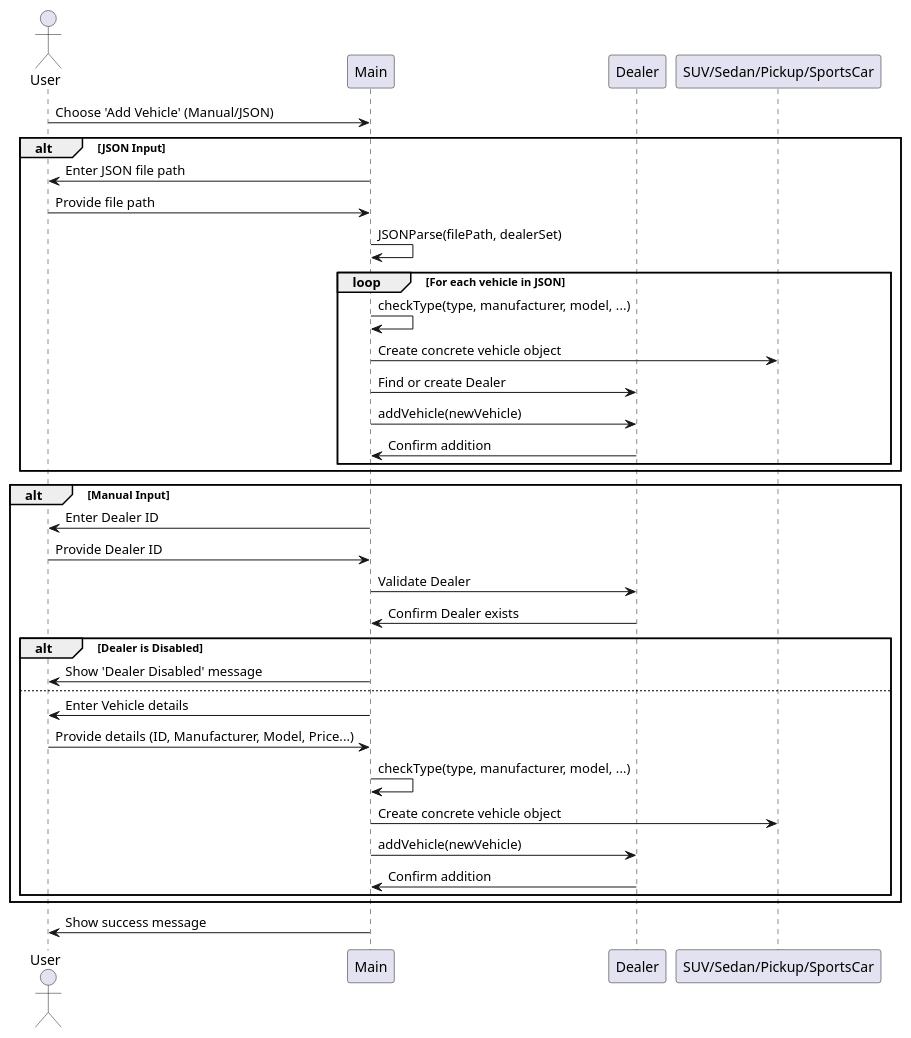
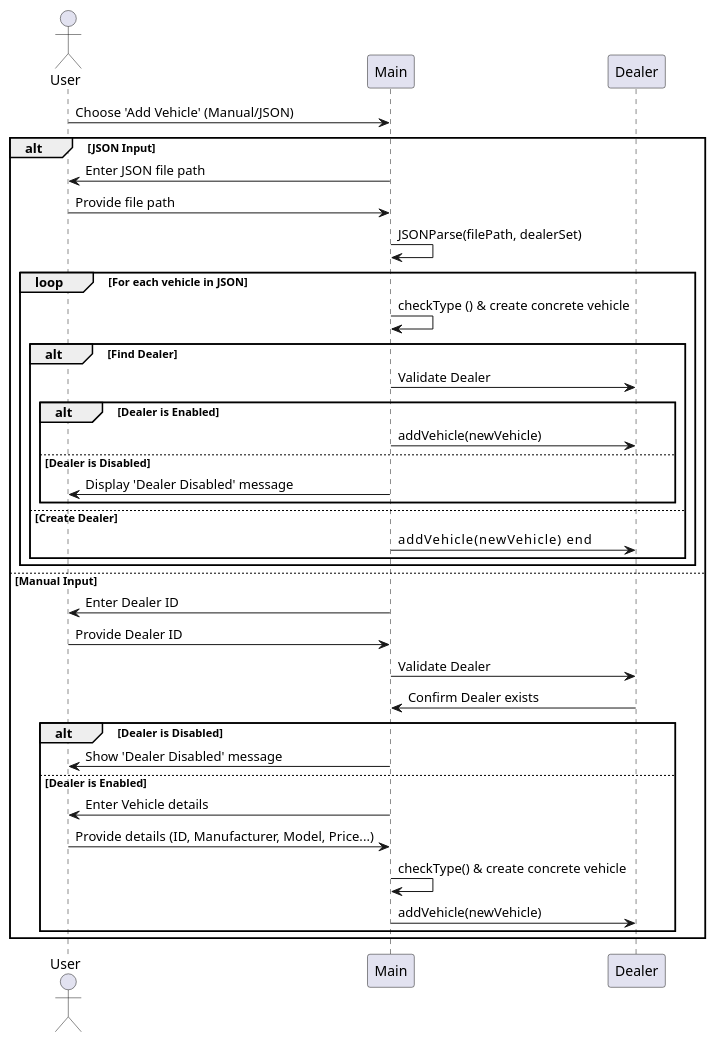
Before and after one commit to maida209/ICS-372-Group-Project: the diagram in ICS-372-Assignment-1/src/main/java/org/example/Sequence Diagram.puml, drawn with PlantUML. The commit also changed 1 other file, not shown here.

Commit message:
add sequence diagram

```diff
--- a/ICS-372-Assignment-1/src/main/java/org/example/Sequence Diagram.puml
+++ b/ICS-372-Assignment-1/src/main/java/org/example/Sequence Diagram.puml
@@ -1,43 +1,46 @@
 @startuml
 
 actor User
 participant Main
 participant Dealer
-
-participant "SUV/Sedan/Pickup/SportsCar" as Car
 
 User -> Main: Choose 'Add Vehicle' (Manual/JSON)
 
 alt JSON Input
     Main -> User: Enter JSON file path
     User -> Main: Provide file path
     Main -> Main: JSONParse(filePath, dealerSet)
+
     loop For each vehicle in JSON
-        Main -> Main: checkType(type, manufacturer, model, ...)
-        Main -> Car: Create concrete vehicle object
-        Main -> Dealer: Find or create Dealer
-        Main -> Dealer: addVehicle(newVehicle)
-        Dealer -> Main: Confirm addition
+        Main -> Main: checkType () & create concrete vehicle
+        alt Find Dealer
+           Main -> Dealer: Validate Dealer
+           alt Dealer is Enabled
+            Main -> Dealer: addVehicle(newVehicle)
+           else Dealer is Disabled
+            Main -> User: Display 'Dealer Disabled' message
+           end
+        else Create Dealer
+            Main -> Dealer: addVehicle(newVehicle)        end
     end
 end
 
-alt Manual Input
+else Manual Input
     Main -> User: Enter Dealer ID
     User -> Main: Provide Dealer ID
     Main -> Dealer: Validate Dealer
     Dealer -> Main: Confirm Dealer exists
+
+
     alt Dealer is Disabled
         Main -> User: Show 'Dealer Disabled' message
-    else
+    else Dealer is Enabled
         Main -> User: Enter Vehicle details
         User -> Main: Provide details (ID, Manufacturer, Model, Price...)
-        Main -> Main: checkType(type, manufacturer, model, ...)
-        Main -> Car: Create concrete vehicle object
+        Main -> Main: checkType() & create concrete vehicle
         Main -> Dealer: addVehicle(newVehicle)
-        Dealer -> Main: Confirm addition
     end
 end
 
-Main -> User: Show success message
 
 @enduml
```
